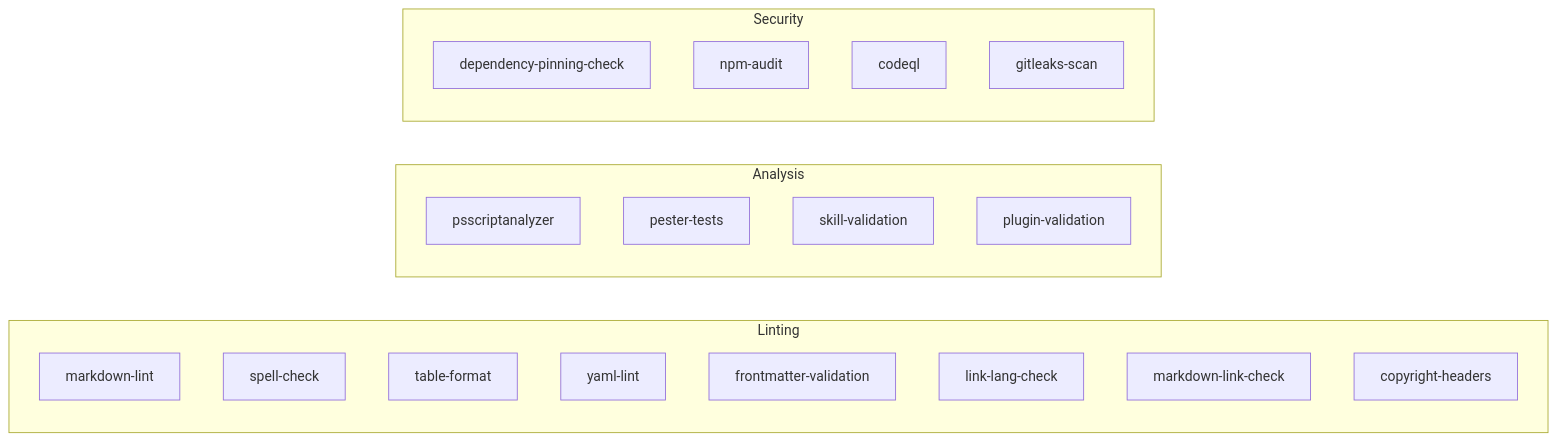
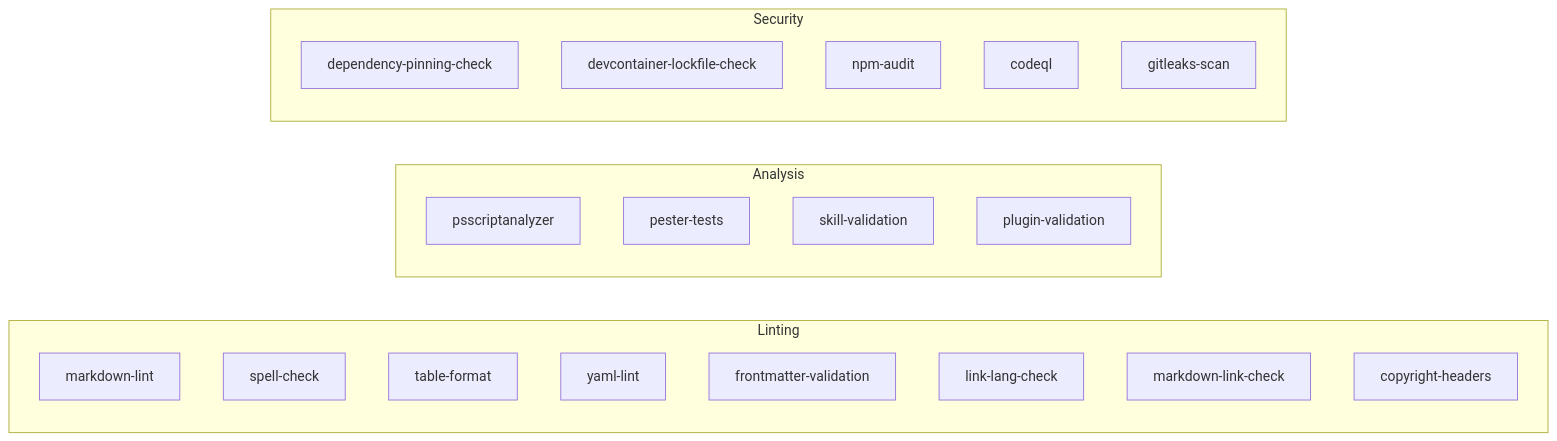
Before and after one commit to MichaelDanCurtis/hve-core: the second of 4 diagrams in docs/architecture/workflows.md, drawn with Mermaid. The commit also changed other lines of this file and 21 other files, not shown here.

````diff
--- a/docs/architecture/workflows.md
+++ b/docs/architecture/workflows.md
@@ -111,27 +113,28 @@
 ```mermaid
 flowchart LR
     subgraph "Linting"
         ML[markdown-lint]
         SC[spell-check]
         TF[table-format]
         YL[yaml-lint]
         FV[frontmatter-validation]
         LLC[link-lang-check]
         MLC[markdown-link-check]
         CH[copyright-headers]
     end
 
     subgraph "Analysis"
         PSA[psscriptanalyzer]
         PT[pester-tests]
         SV[skill-validation]
         PV[plugin-validation]
     end
 
     subgraph "Security"
         DPC[dependency-pinning-check]
+        DCL[devcontainer-lockfile-check]
         NA[npm-audit]
         CQL[codeql]
         GLS[gitleaks-scan]
     end
 ```
````
